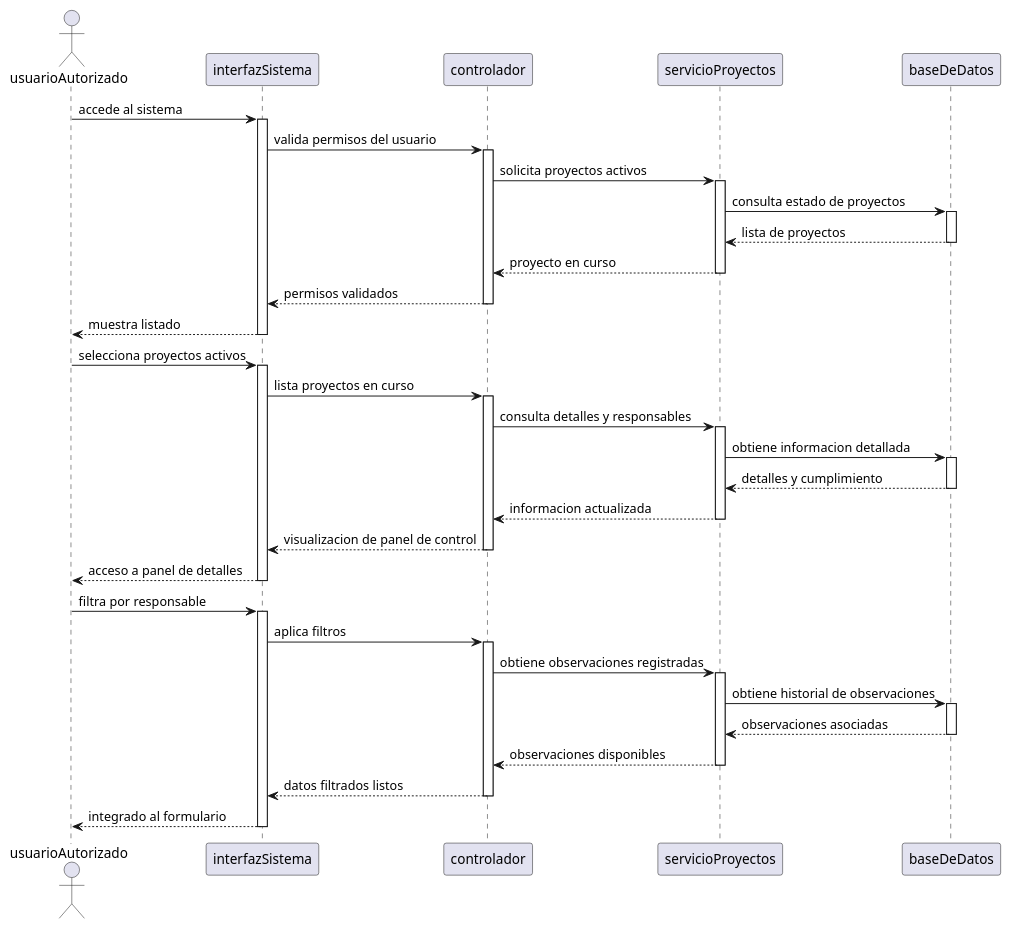
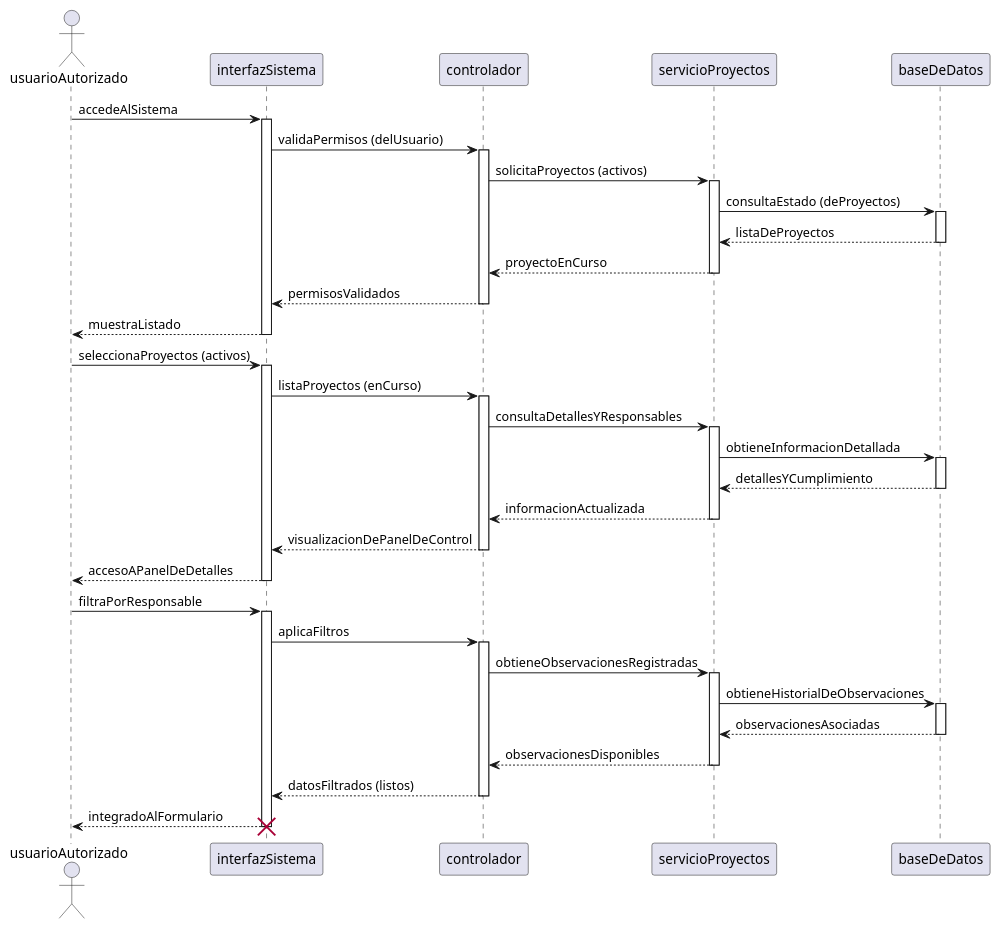
The diagram in 05-diagrama-secuencia/05-secuencia-consulta-proyectos-activos-consulta-exitosa-de-proyectos-activos-05.puml (9919-Mili/SistemaProductoraVideos), drawn with PlantUML before and after one commit. The commit also changed 9 other files, not shown here.

Commit message:
Agregue diagramas png

```diff
--- a/05-diagrama-secuencia/05-secuencia-consulta-proyectos-activos-consulta-exitosa-de-proyectos-activos-05.puml
+++ b/05-diagrama-secuencia/05-secuencia-consulta-proyectos-activos-consulta-exitosa-de-proyectos-activos-05.puml
@@ -1,65 +1,67 @@
 @startuml
 
 actor usuarioAutorizado
 participant interfazSistema
 participant controlador
 participant servicioProyectos
 participant baseDeDatos
 
 
-usuarioAutorizado -> interfazSistema: accede al sistema
+usuarioAutorizado -> interfazSistema: accedeAlSistema
 activate interfazSistema
-interfazSistema -> controlador: valida permisos del usuario
+interfazSistema -> controlador: validaPermisos (delUsuario)
 activate controlador
-controlador -> servicioProyectos: solicita proyectos activos 
+controlador -> servicioProyectos: solicitaProyectos (activos) 
 activate servicioProyectos
-servicioProyectos -> baseDeDatos: consulta estado de proyectos
+servicioProyectos -> baseDeDatos: consultaEstado (deProyectos)
 activate baseDeDatos
-baseDeDatos --> servicioProyectos: lista de proyectos 
+baseDeDatos --> servicioProyectos: listaDeProyectos 
 deactivate baseDeDatos
-servicioProyectos --> controlador: proyecto en curso 
+servicioProyectos --> controlador: proyectoEnCurso 
 deactivate servicioProyectos
-controlador --> interfazSistema: permisos validados 
+controlador --> interfazSistema: permisosValidados 
 deactivate controlador
-interfazSistema --> usuarioAutorizado: muestra listado 
+interfazSistema --> usuarioAutorizado: muestraListado 
 deactivate interfazSistema
 
-usuarioAutorizado -> interfazSistema: selecciona proyectos activos
+usuarioAutorizado -> interfazSistema: seleccionaProyectos (activos)
 activate interfazSistema
-interfazSistema -> controlador: lista proyectos en curso
+interfazSistema -> controlador: listaProyectos (enCurso)
 activate controlador
-controlador -> servicioProyectos: consulta detalles y responsables 
+controlador -> servicioProyectos: consultaDetallesYResponsables 
 activate servicioProyectos
-servicioProyectos -> baseDeDatos: obtiene informacion detallada 
+servicioProyectos -> baseDeDatos: obtieneInformacionDetallada 
 activate baseDeDatos
-baseDeDatos --> servicioProyectos: detalles y cumplimiento 
+baseDeDatos --> servicioProyectos: detallesYCumplimiento 
 deactivate baseDeDatos
-servicioProyectos --> controlador: informacion actualizada 
+servicioProyectos --> controlador: informacionActualizada 
 deactivate servicioProyectos
-controlador --> interfazSistema: visualizacion de panel de control 
+controlador --> interfazSistema: visualizacionDePanelDeControl 
 deactivate controlador
-interfazSistema --> usuarioAutorizado: acceso a panel de detalles 
+interfazSistema --> usuarioAutorizado: accesoAPanelDeDetalles 
 deactivate interfazSistema
 
-usuarioAutorizado -> interfazSistema: filtra por responsable 
+usuarioAutorizado -> interfazSistema: filtraPorResponsable 
 activate interfazSistema
-interfazSistema -> controlador: aplica filtros 
+interfazSistema -> controlador: aplicaFiltros 
 activate controlador
-controlador -> servicioProyectos: obtiene observaciones registradas
+controlador -> servicioProyectos: obtieneObservacionesRegistradas
 activate servicioProyectos
-servicioProyectos -> baseDeDatos: obtiene historial de observaciones
+servicioProyectos -> baseDeDatos: obtieneHistorialDeObservaciones
 activate baseDeDatos 
-baseDeDatos --> servicioProyectos: observaciones asociadas 
+baseDeDatos --> servicioProyectos: observacionesAsociadas 
 deactivate baseDeDatos
-servicioProyectos --> controlador: observaciones disponibles 
+servicioProyectos --> controlador: observacionesDisponibles 
 deactivate servicioProyectos
-controlador --> interfazSistema: datos filtrados listos 
+controlador --> interfazSistema: datosFiltrados (listos) 
 deactivate controlador
-interfazSistema --> usuarioAutorizado: integrado al formulario 
+interfazSistema --> usuarioAutorizado: integradoAlFormulario 
 deactivate interfazSistema
 
+
+destroy interfazSistema
 
 
 
 
 @enduml
```
